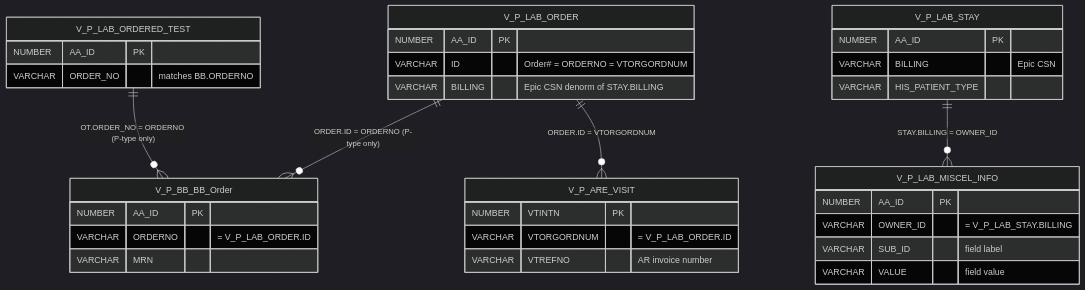
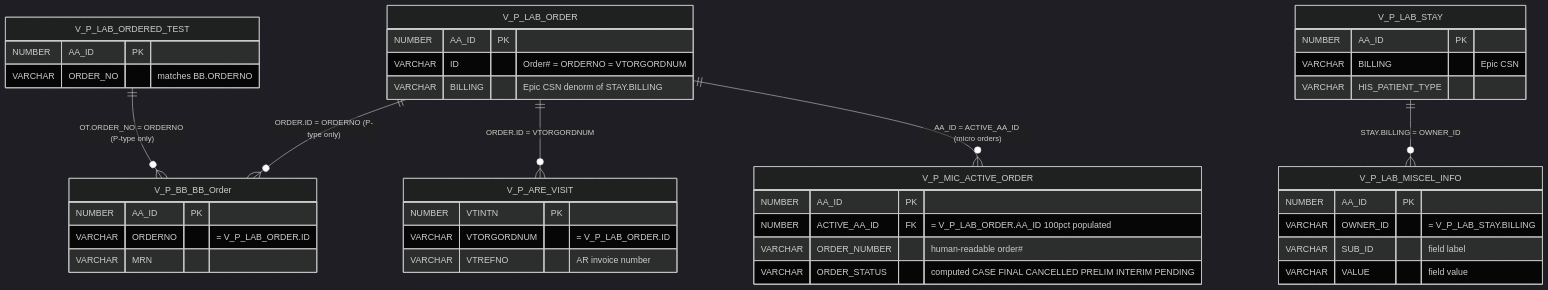
Before and after one commit to rfedeli/sql_queries: the fifth of 11 diagrams in schema_diagrams.md, drawn with Mermaid (dark theme). The commit also changed other lines of this file and 5 other files, not shown here.

````diff
--- a/schema_diagrams.md
+++ b/schema_diagrams.md
@@ -366,38 +366,45 @@
 ```mermaid
 erDiagram
     V_P_LAB_ORDER ||--o{ V_P_BB_BB_Order : "ORDER.ID = ORDERNO (P-type only)"
     V_P_LAB_ORDER ||--o{ V_P_ARE_VISIT : "ORDER.ID = VTORGORDNUM"
+    V_P_LAB_ORDER ||--o{ V_P_MIC_ACTIVE_ORDER : "AA_ID = ACTIVE_AA_ID (micro orders)"
     V_P_LAB_ORDERED_TEST ||--o{ V_P_BB_BB_Order : "OT.ORDER_NO = ORDERNO (P-type only)"
     V_P_LAB_STAY ||--o{ V_P_LAB_MISCEL_INFO : "STAY.BILLING = OWNER_ID"
 
     V_P_LAB_STAY {
         NUMBER AA_ID PK
         VARCHAR BILLING "Epic CSN"
         VARCHAR HIS_PATIENT_TYPE
     }
     V_P_LAB_ORDER {
         NUMBER AA_ID PK
         VARCHAR ID "Order# = ORDERNO = VTORGORDNUM"
         VARCHAR BILLING "Epic CSN denorm of STAY.BILLING"
     }
     V_P_LAB_ORDERED_TEST {
         NUMBER AA_ID PK
         VARCHAR ORDER_NO "matches BB.ORDERNO"
     }
     V_P_BB_BB_Order {
         NUMBER AA_ID PK
         VARCHAR ORDERNO "= V_P_LAB_ORDER.ID"
         VARCHAR MRN
     }
     V_P_ARE_VISIT {
         NUMBER VTINTN PK
         VARCHAR VTORGORDNUM "= V_P_LAB_ORDER.ID"
         VARCHAR VTREFNO "AR invoice number"
     }
+    V_P_MIC_ACTIVE_ORDER {
+        NUMBER AA_ID PK
+        NUMBER ACTIVE_AA_ID FK "= V_P_LAB_ORDER.AA_ID 100pct populated"
+        VARCHAR ORDER_NUMBER "human-readable order#"
+        VARCHAR ORDER_STATUS "computed CASE FINAL CANCELLED PRELIM INTERIM PENDING"
+    }
     V_P_LAB_MISCEL_INFO {
         NUMBER AA_ID PK
         VARCHAR OWNER_ID "= V_P_LAB_STAY.BILLING"
         VARCHAR SUB_ID "field label"
         VARCHAR VALUE "field value"
     }
 ```
````
